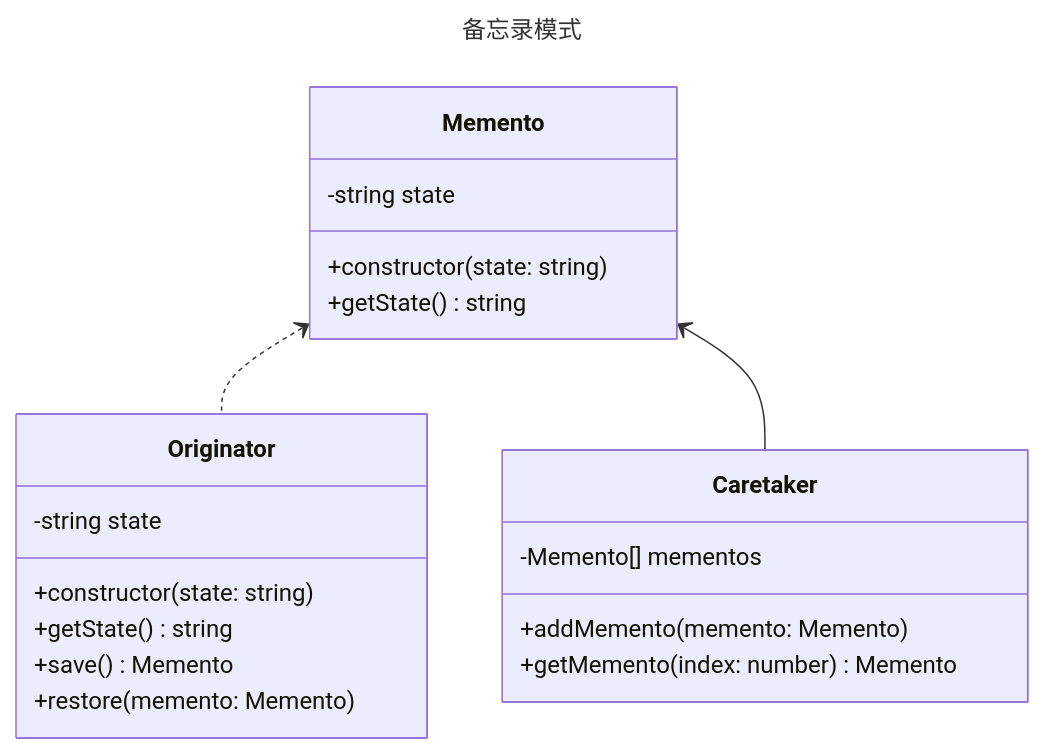
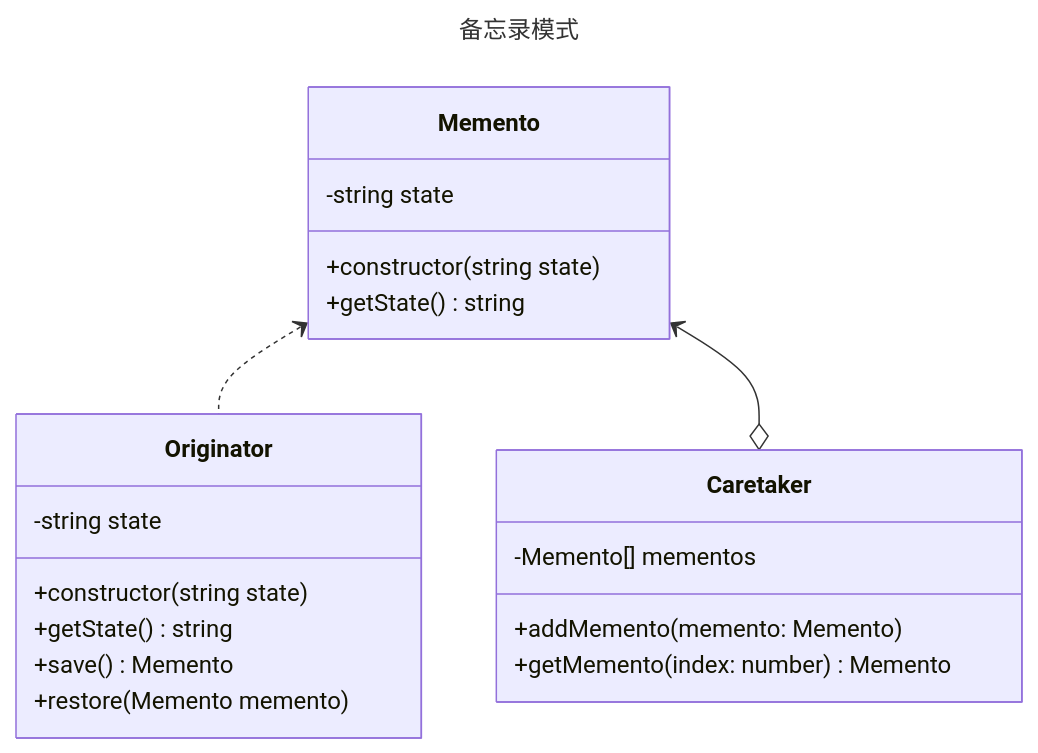
Before and after one commit to fengyun89/typescript-design-patterns: the diagram in memento/README.md, drawn with Mermaid. The commit also changed 17 other files, not shown here.

````diff
--- a/memento/README.md
+++ b/memento/README.md
@@ -1,25 +1,25 @@
 ```mermaid
 ---
 title: 备忘录模式
 ---
 classDiagram
     class Memento {
         -string state
-        +constructor(state: string)
+        +constructor(string state)
         +getState() string
     }
     class Originator {
         -string state
-        +constructor(state: string)
+        +constructor(string state)
         +getState() string
         +save() Memento
-        +restore(memento: Memento)
+        +restore(Memento memento)
     }
     class Caretaker {
         -Memento[] mementos
         +addMemento(memento: Memento)
         +getMemento(index: number) Memento
     }
     Memento <.. Originator 
-    Memento <-- Caretaker 
+    Memento <--o Caretaker 
 ```
````
